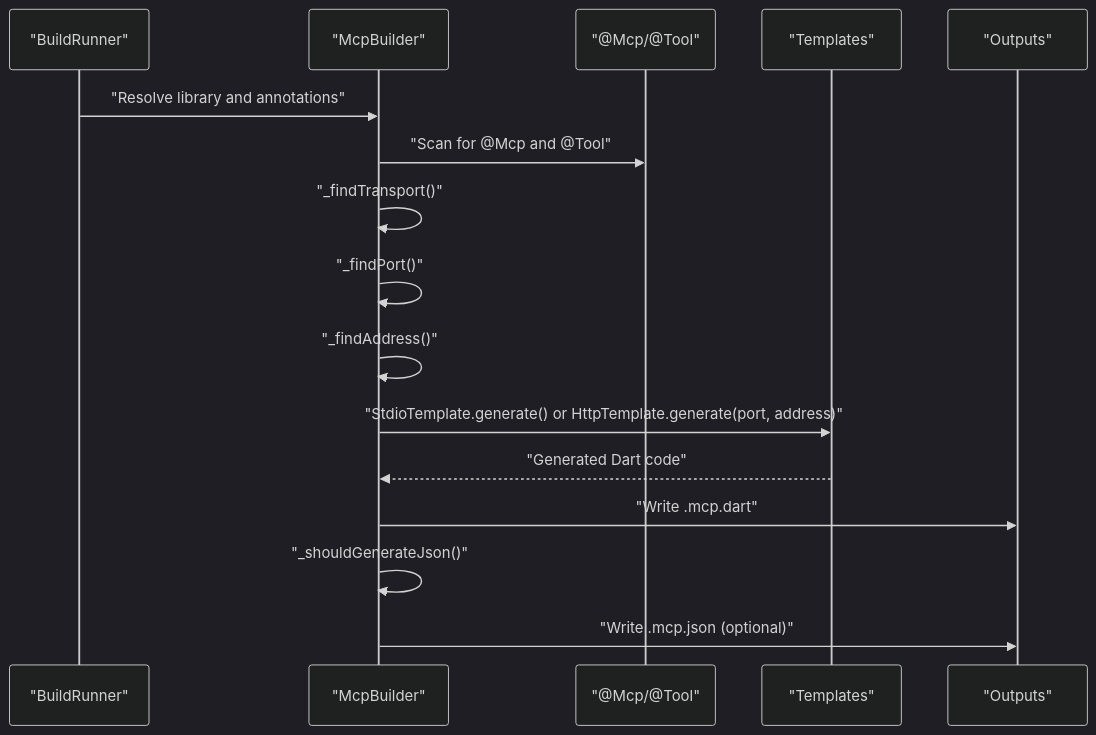
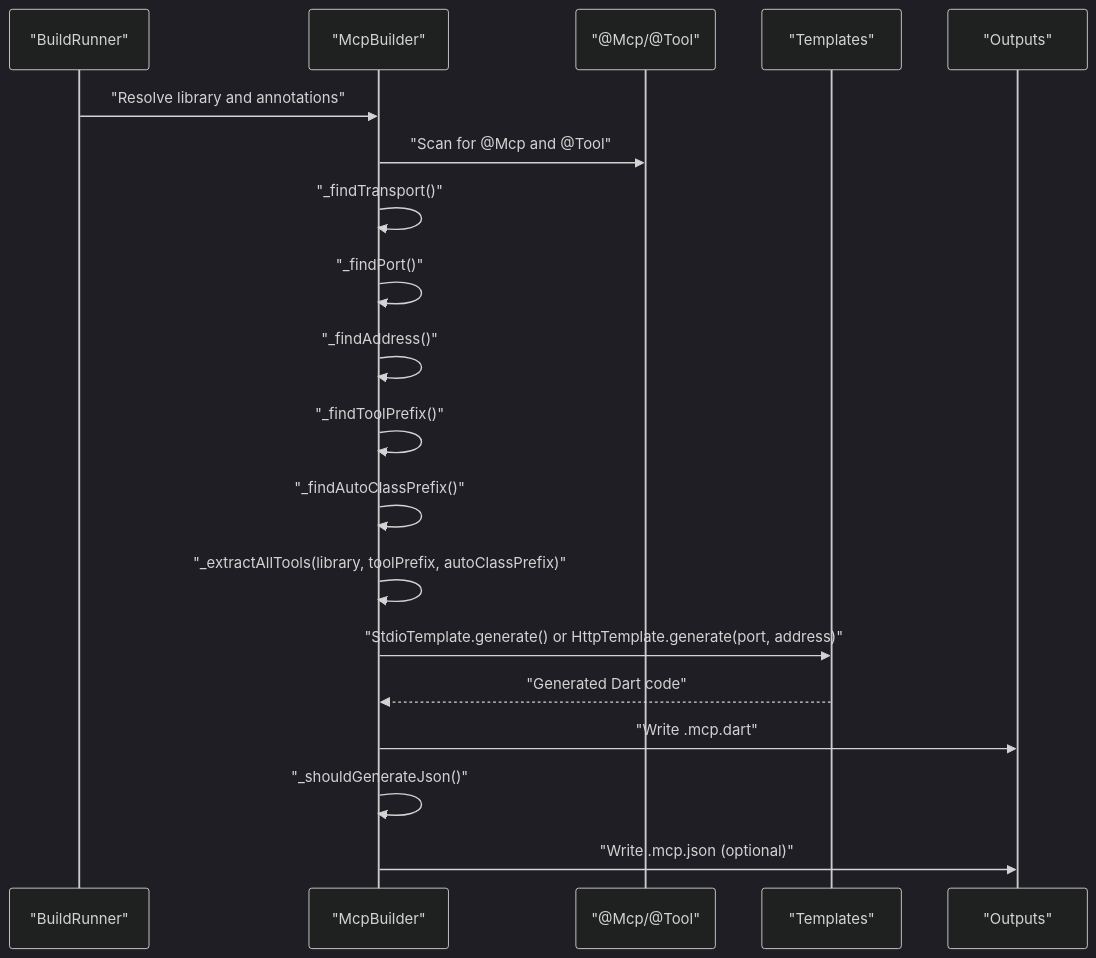
One commit to cdavis-code/easy_mcp_workspace changed the second of 4 diagrams in .qoder/repowiki/en/content/Annotations Reference/@Mcp Annotation.md. Above: the diagram before and after it, drawn with Mermaid (dark theme). The commit also changed other lines of this file and 8 other files, not shown here.

First line of the commit message:
fix: correct method name resolution when autoClassPrefix is enabled

````diff
--- a/.qoder/repowiki/en/content/Annotations Reference/@Mcp Annotation.md
+++ b/.qoder/repowiki/en/content/Annotations Reference/@Mcp Annotation.md
@@ -121,18 +127,21 @@
 ```mermaid
 sequenceDiagram
 participant BR as "BuildRunner"
 participant MB as "McpBuilder"
 participant AN as "@Mcp/@Tool"
 participant TM as "Templates"
 participant OUT as "Outputs"
 BR->>MB : "Resolve library and annotations"
 MB->>AN : "Scan for @Mcp and @Tool"
 MB->>MB : "_findTransport()"
 MB->>MB : "_findPort()"
 MB->>MB : "_findAddress()"
+MB->>MB : "_findToolPrefix()"
+MB->>MB : "_findAutoClassPrefix()"
+MB->>MB : "_extractAllTools(library, toolPrefix, autoClassPrefix)"
 MB->>TM : "StdioTemplate.generate() or HttpTemplate.generate(port, address)"
 TM-->>MB : "Generated Dart code"
 MB->>OUT : "Write .mcp.dart"
 MB->>MB : "_shouldGenerateJson()"
 MB->>OUT : "Write .mcp.json (optional)"
 ```
````
